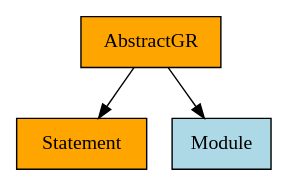
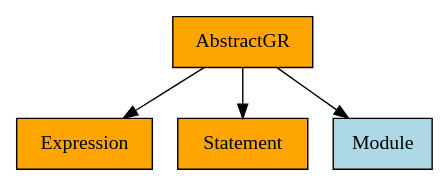
The diagram in language/base/python/lang/models_graph.gv (GabrielAmare/Language), drawn with Graphviz before and after one commit. The commit also changed 1 other file, not shown here.

Commit message:
implemented Expression

```diff
--- a/language/base/python/lang/models_graph.gv
+++ b/language/base/python/lang/models_graph.gv
@@ -1,7 +1,9 @@
 digraph {
-	2280732653952 [label=AbstractGR align=left fillcolor=orange shape=rect style=filled]
-	2280732665472 [label=Statement align=left fillcolor=orange shape=rect style=filled]
-	2280732644352 [label=Module align=left fillcolor=lightblue shape=rect style=filled]
-	2280732653952 -> 2280732665472
-	2280732653952 -> 2280732644352
+	0 [label=AbstractGR align=left fillcolor=orange shape=rect style=filled]
+	1 [label=Expression align=left fillcolor=orange shape=rect style=filled]
+	2 [label=Statement align=left fillcolor=orange shape=rect style=filled]
+	3 [label=Module align=left fillcolor=lightblue shape=rect style=filled]
+	0 -> 1
+	0 -> 2
+	0 -> 3
 }
```
